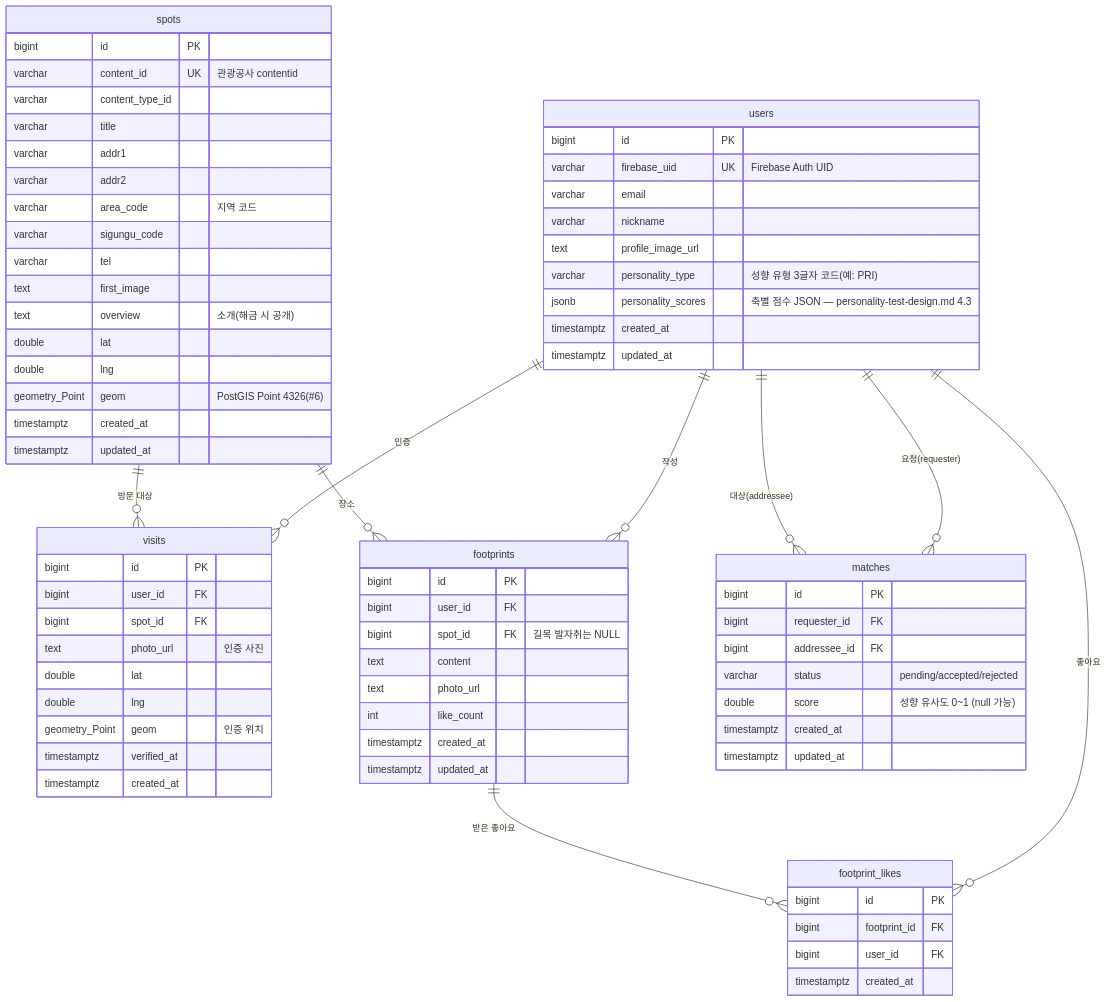
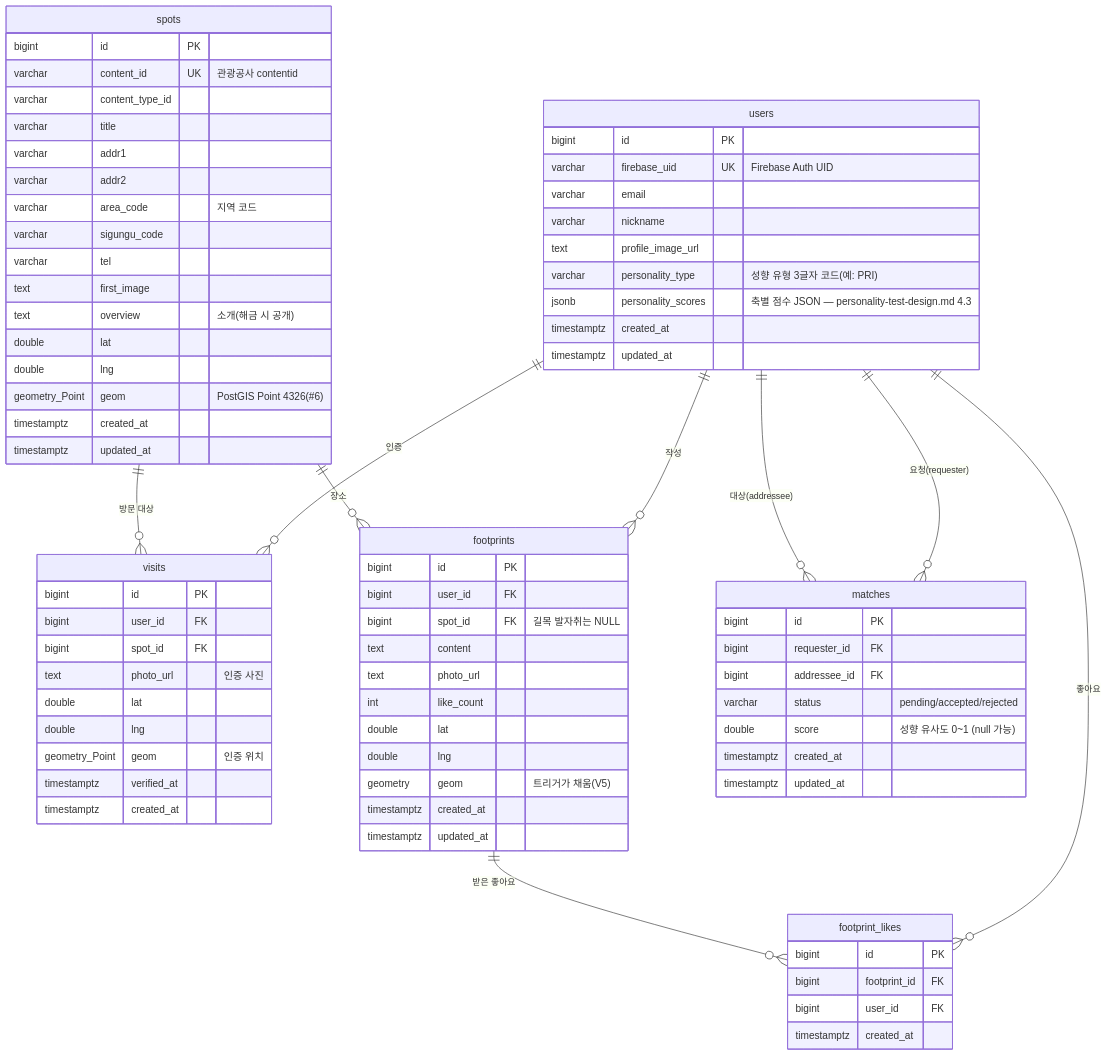
The diagram in docs/ERD.md (FogMap2026/FogApp), drawn with Mermaid before and after one commit. The commit also changed other lines of this file and 7 other files, not shown here.

```diff
--- a/docs/ERD.md
+++ b/docs/ERD.md
@@ -76,6 +82,9 @@
         text        content
         text        photo_url
         int         like_count
+        double      lat
+        double      lng
+        geometry    geom "트리거가 채움(V5)"
         timestamptz created_at
         timestamptz updated_at
     }
```
